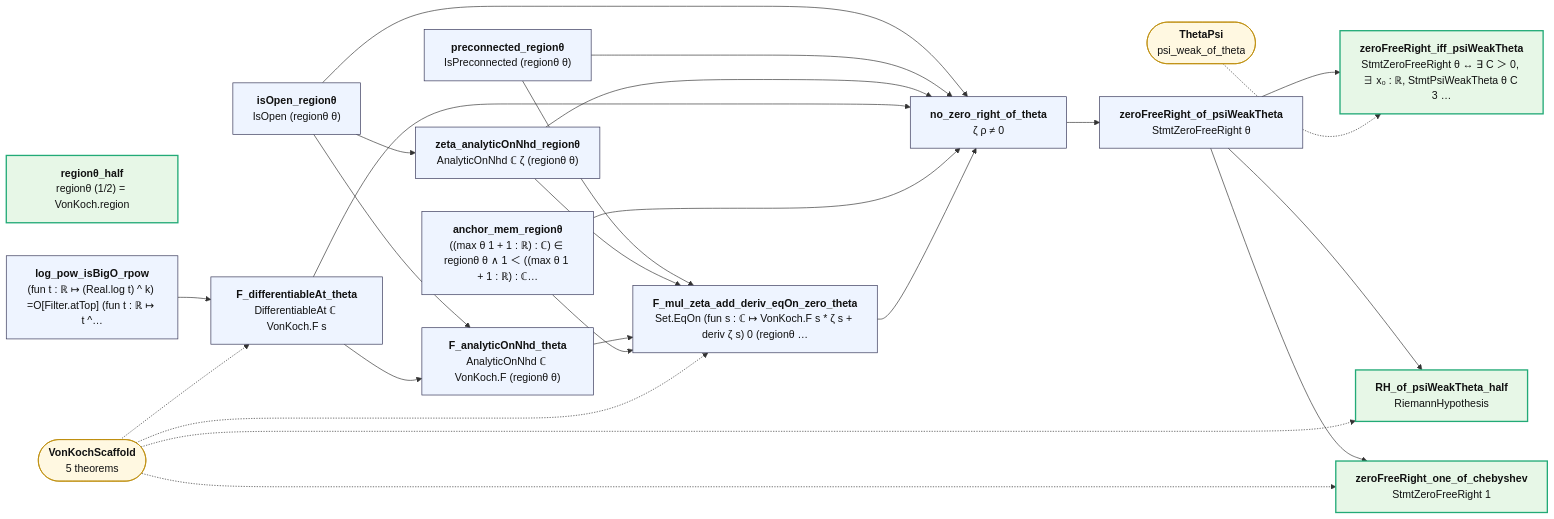
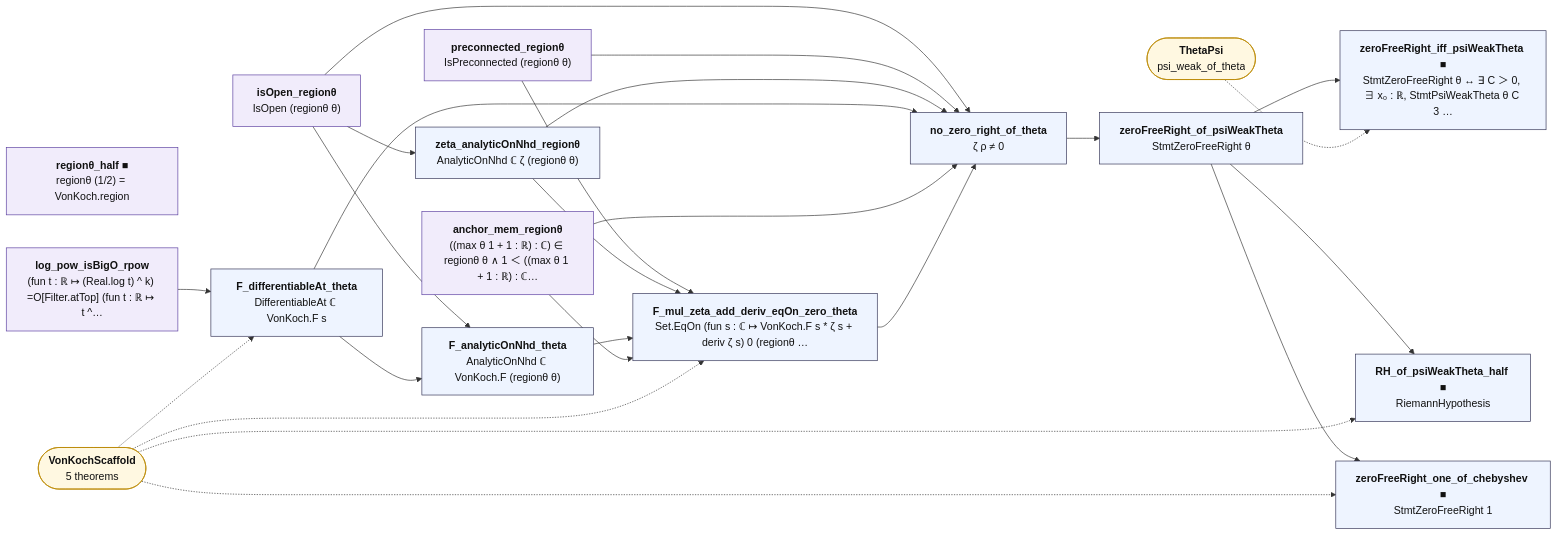
One commit to juliansambranojr/Primebeat_081426 changed the diagram in map/lean_stage3/ThetaConverse.md. Above: the diagram before and after it, drawn with Mermaid. The commit also changed other lines of this file and 398 other files, not shown here.

First line of the commit message:
map: the table first. Three layers from Lean's record of each proof and everything beneath it: counting (integers only), shape (analysis, no zeta), reads zeta; map/TABLE.md lists every counting theorem; the Riemann hypothesis is drawn as one reading at the edge

````diff
--- a/map/lean_stage3/ThetaConverse.md
+++ b/map/lean_stage3/ThetaConverse.md
@@ -12,47 +12,50 @@
 ```mermaid
 flowchart LR
-  n0["<b>regionθ_half</b><br/>regionθ (1/2) = VonKoch.region"]:::end_
-  n1["<b>isOpen_regionθ</b><br/>IsOpen (regionθ θ)"]:::thm
-  n2["<b>preconnected_regionθ</b><br/>IsPreconnected (regionθ θ)"]:::thm
+  n0["<b>regionθ_half ■</b><br/>regionθ (1/2) = VonKoch.region"]:::shp
+  n1["<b>isOpen_regionθ</b><br/>IsOpen (regionθ θ)"]:::shp
+  n2["<b>preconnected_regionθ</b><br/>IsPreconnected (regionθ θ)"]:::shp
   n3["<b>zeta_analyticOnNhd_regionθ</b><br/>AnalyticOnNhd ℂ ζ (regionθ θ)"]:::thm
-  n4["<b>log_pow_isBigO_rpow</b><br/>(fun t : ℝ ↦ (Real.log t) ^ k) =O[Filter.atTop] (fun t : ℝ ↦ t ^…"]:::thm
+  n4["<b>log_pow_isBigO_rpow</b><br/>(fun t : ℝ ↦ (Real.log t) ^ k) =O[Filter.atTop] (fun t : ℝ ↦ t ^…"]:::shp
   n5["<b>F_differentiableAt_theta</b><br/>DifferentiableAt ℂ VonKoch.F s"]:::thm
   n6["<b>F_analyticOnNhd_theta</b><br/>AnalyticOnNhd ℂ VonKoch.F (regionθ θ)"]:::thm
-  n7["<b>anchor_mem_regionθ</b><br/>((max θ 1 + 1 : ℝ) : ℂ) ∈ regionθ θ ∧ 1 ＜ ((max θ 1 + 1 : ℝ) : ℂ…"]:::thm
+  n7["<b>anchor_mem_regionθ</b><br/>((max θ 1 + 1 : ℝ) : ℂ) ∈ regionθ θ ∧ 1 ＜ ((max θ 1 + 1 : ℝ) : ℂ…"]:::shp
   n8["<b>F_mul_zeta_add_deriv_eqOn_zero_theta</b><br/>Set.EqOn (fun s : ℂ ↦ VonKoch.F s * ζ s + deriv ζ s) 0 (regionθ …"]:::thm
   n9["<b>no_zero_right_of_theta</b><br/>ζ ρ ≠ 0"]:::thm
   n10["<b>zeroFreeRight_of_psiWeakTheta</b><br/>StmtZeroFreeRight θ"]:::thm
-  n11["<b>zeroFreeRight_iff_psiWeakTheta</b><br/>StmtZeroFreeRight θ ↔ ∃ C ＞ 0, ∃ x₀ : ℝ, StmtPsiWeakTheta θ C 3 …"]:::end_
-  n12["<b>RH_of_psiWeakTheta_half</b><br/>RiemannHypothesis"]:::end_
-  n13["<b>zeroFreeRight_one_of_chebyshev</b><br/>StmtZeroFreeRight 1"]:::end_
+  n11["<b>zeroFreeRight_iff_psiWeakTheta ■</b><br/>StmtZeroFreeRight θ ↔ ∃ C ＞ 0, ∃ x₀ : ℝ, StmtPsiWeakTheta θ C 3 …"]:::thm
+  n12["<b>RH_of_psiWeakTheta_half ■</b><br/>RiemannHypothesis"]:::thm
+  n13["<b>zeroFreeRight_one_of_chebyshev ■</b><br/>StmtZeroFreeRight 1"]:::thm
   x0(["<b>VonKochScaffold</b><br/>5 theorems"]):::ext
   x1(["<b>ThetaPsi</b><br/>psi_weak_of_theta"]):::ext
   n1 --> n3
   n1 --> n6
   n1 --> n9
   n10 --> n11
   n10 --> n12
   n10 --> n13
   n2 --> n8
   n2 --> n9
   n3 --> n8
   n3 --> n9
   n4 --> n5
   n5 --> n6
   n5 --> n9
   n6 --> n8
   n7 --> n8
   n7 --> n9
   n8 --> n9
   n9 --> n10
   x0 -.-> n12
   x0 -.-> n13
   x0 -.-> n5
   x0 -.-> n8
   x1 -.-> n11
+  classDef cnt fill:#dff5ec,stroke:#17694a,color:#111
+  classDef shp fill:#f1ecfb,stroke:#5b3fa0,color:#111
+  classDef rh fill:#ffe5e5,stroke:#c22,color:#111,stroke-width:2px
   classDef thm fill:#eef4ff,stroke:#335,color:#111
   classDef end_ fill:#e7f7e7,stroke:#2a7,color:#111,stroke-width:2px
   classDef lone fill:#fff,stroke:#999,color:#111,stroke-dasharray:4 3
   classDef bad fill:#ffe5e5,stroke:#c22,color:#111,stroke-width:2px
   classDef ext fill:#fff8e1,stroke:#b80,color:#111
 ```
````
